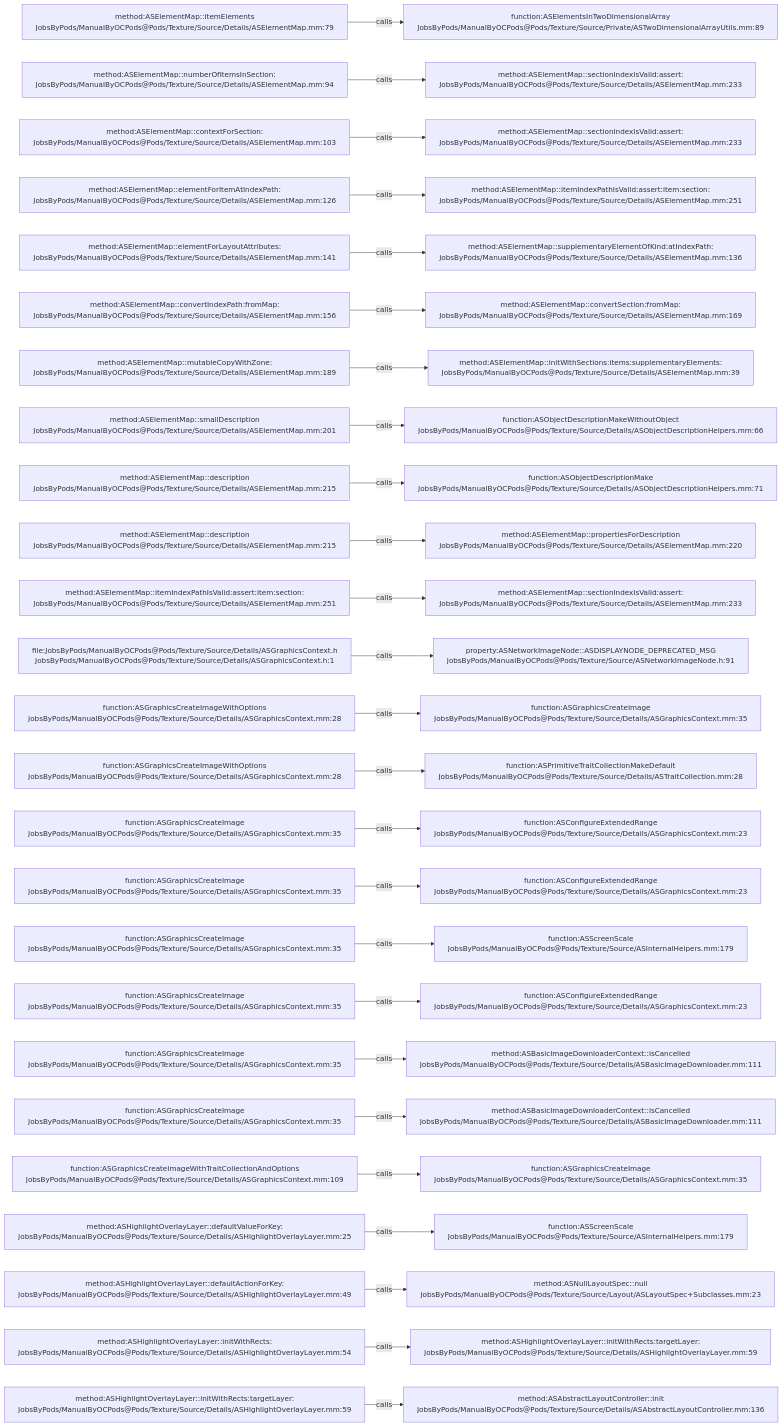
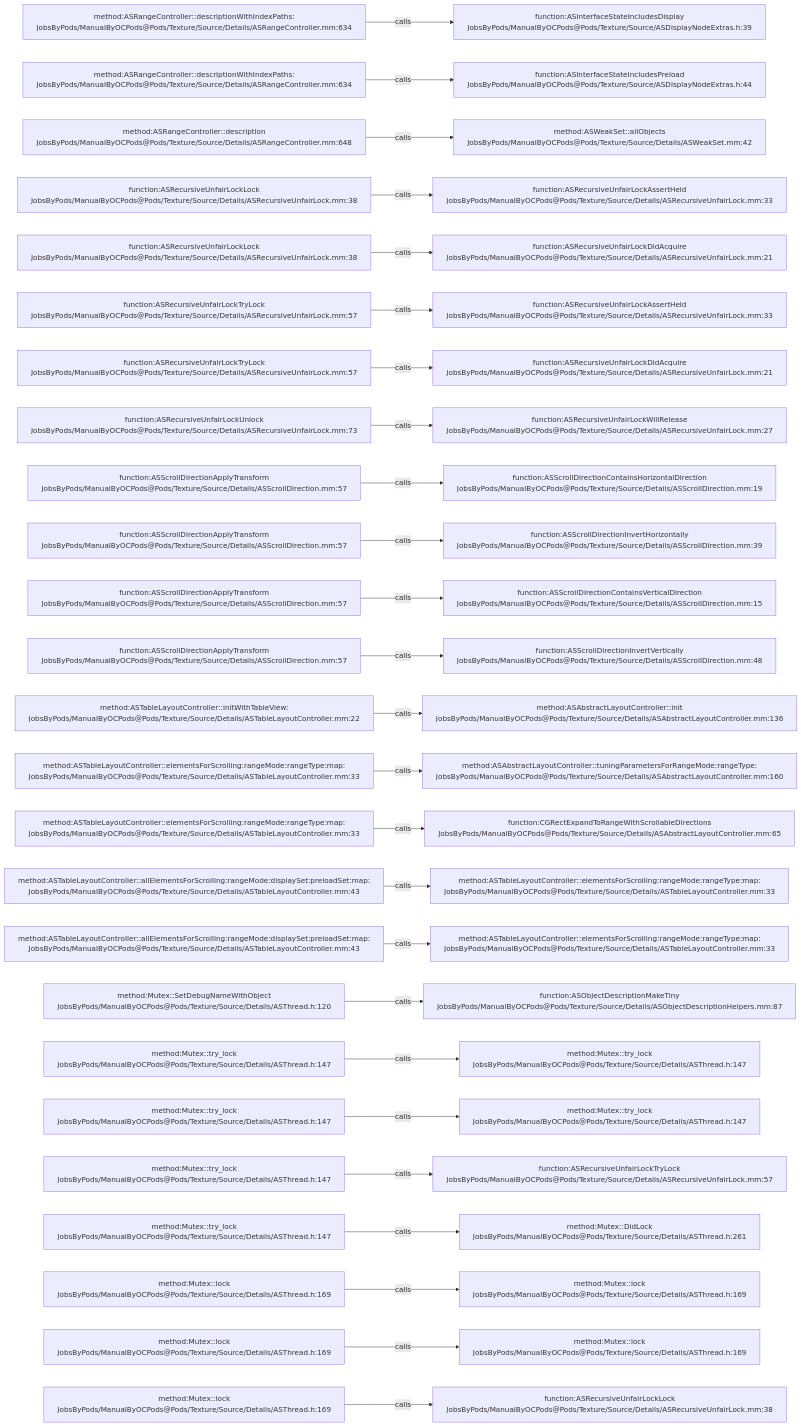
One commit to JobsKits/JobsOCBaseConfigDemo changed the diagram in .codegraph/codegraph.md/graphs/calls-149.md. Above: the diagram before and after it, drawn with Mermaid. The commit also changed 2723 other files, not shown here.

````diff
--- a/.codegraph/codegraph.md/graphs/calls-149.md
+++ b/.codegraph/codegraph.md/graphs/calls-149.md
@@ -13,78 +13,78 @@
 ```mermaid
 flowchart LR
-  S1["method:ASElementMap::itemElements<br/>JobsByPods/ManualByOCPods@Pods/Texture/Source/Details/ASElementMap.mm:79"]
-  T1["function:ASElementsInTwoDimensionalArray<br/>JobsByPods/ManualByOCPods@Pods/Texture/Source/Private/ASTwoDimensionalArrayUtils.mm:89"]
+  S1["method:ASRangeController::descriptionWithIndexPaths:<br/>JobsByPods/ManualByOCPods@Pods/Texture/Source/Details/ASRangeController.mm:634"]
+  T1["function:ASInterfaceStateIncludesDisplay<br/>JobsByPods/ManualByOCPods@Pods/Texture/Source/ASDisplayNodeExtras.h:39"]
   S1 -->|calls| T1
-  S2["method:ASElementMap::numberOfItemsInSection:<br/>JobsByPods/ManualByOCPods@Pods/Texture/Source/Details/ASElementMap.mm:94"]
-  T2["method:ASElementMap::sectionIndexIsValid:assert:<br/>JobsByPods/ManualByOCPods@Pods/Texture/Source/Details/ASElementMap.mm:233"]
+  S2["method:ASRangeController::descriptionWithIndexPaths:<br/>JobsByPods/ManualByOCPods@Pods/Texture/Source/Details/ASRangeController.mm:634"]
+  T2["function:ASInterfaceStateIncludesPreload<br/>JobsByPods/ManualByOCPods@Pods/Texture/Source/ASDisplayNodeExtras.h:44"]
   S2 -->|calls| T2
-  S3["method:ASElementMap::contextForSection:<br/>JobsByPods/ManualByOCPods@Pods/Texture/Source/Details/ASElementMap.mm:103"]
-  T3["method:ASElementMap::sectionIndexIsValid:assert:<br/>JobsByPods/ManualByOCPods@Pods/Texture/Source/Details/ASElementMap.mm:233"]
+  S3["method:ASRangeController::description<br/>JobsByPods/ManualByOCPods@Pods/Texture/Source/Details/ASRangeController.mm:648"]
+  T3["method:ASWeakSet::allObjects<br/>JobsByPods/ManualByOCPods@Pods/Texture/Source/Details/ASWeakSet.mm:42"]
   S3 -->|calls| T3
-  S4["method:ASElementMap::elementForItemAtIndexPath:<br/>JobsByPods/ManualByOCPods@Pods/Texture/Source/Details/ASElementMap.mm:126"]
-  T4["method:ASElementMap::itemIndexPathIsValid:assert:item:section:<br/>JobsByPods/ManualByOCPods@Pods/Texture/Source/Details/ASElementMap.mm:251"]
+  S4["function:ASRecursiveUnfairLockLock<br/>JobsByPods/ManualByOCPods@Pods/Texture/Source/Details/ASRecursiveUnfairLock.mm:38"]
+  T4["function:ASRecursiveUnfairLockAssertHeld<br/>JobsByPods/ManualByOCPods@Pods/Texture/Source/Details/ASRecursiveUnfairLock.mm:33"]
   S4 -->|calls| T4
-  S5["method:ASElementMap::elementForLayoutAttributes:<br/>JobsByPods/ManualByOCPods@Pods/Texture/Source/Details/ASElementMap.mm:141"]
-  T5["method:ASElementMap::supplementaryElementOfKind:atIndexPath:<br/>JobsByPods/ManualByOCPods@Pods/Texture/Source/Details/ASElementMap.mm:136"]
+  S5["function:ASRecursiveUnfairLockLock<br/>JobsByPods/ManualByOCPods@Pods/Texture/Source/Details/ASRecursiveUnfairLock.mm:38"]
+  T5["function:ASRecursiveUnfairLockDidAcquire<br/>JobsByPods/ManualByOCPods@Pods/Texture/Source/Details/ASRecursiveUnfairLock.mm:21"]
   S5 -->|calls| T5
-  S6["method:ASElementMap::convertIndexPath:fromMap:<br/>JobsByPods/ManualByOCPods@Pods/Texture/Source/Details/ASElementMap.mm:156"]
-  T6["method:ASElementMap::convertSection:fromMap:<br/>JobsByPods/ManualByOCPods@Pods/Texture/Source/Details/ASElementMap.mm:169"]
+  S6["function:ASRecursiveUnfairLockTryLock<br/>JobsByPods/ManualByOCPods@Pods/Texture/Source/Details/ASRecursiveUnfairLock.mm:57"]
+  T6["function:ASRecursiveUnfairLockAssertHeld<br/>JobsByPods/ManualByOCPods@Pods/Texture/Source/Details/ASRecursiveUnfairLock.mm:33"]
   S6 -->|calls| T6
-  S7["method:ASElementMap::mutableCopyWithZone:<br/>JobsByPods/ManualByOCPods@Pods/Texture/Source/Details/ASElementMap.mm:189"]
-  T7["method:ASElementMap::initWithSections:items:supplementaryElements:<br/>JobsByPods/ManualByOCPods@Pods/Texture/Source/Details/ASElementMap.mm:39"]
+  S7["function:ASRecursiveUnfairLockTryLock<br/>JobsByPods/ManualByOCPods@Pods/Texture/Source/Details/ASRecursiveUnfairLock.mm:57"]
+  T7["function:ASRecursiveUnfairLockDidAcquire<br/>JobsByPods/ManualByOCPods@Pods/Texture/Source/Details/ASRecursiveUnfairLock.mm:21"]
   S7 -->|calls| T7
-  S8["method:ASElementMap::smallDescription<br/>JobsByPods/ManualByOCPods@Pods/Texture/Source/Details/ASElementMap.mm:201"]
-  T8["function:ASObjectDescriptionMakeWithoutObject<br/>JobsByPods/ManualByOCPods@Pods/Texture/Source/Details/ASObjectDescriptionHelpers.mm:66"]
+  S8["function:ASRecursiveUnfairLockUnlock<br/>JobsByPods/ManualByOCPods@Pods/Texture/Source/Details/ASRecursiveUnfairLock.mm:73"]
+  T8["function:ASRecursiveUnfairLockWillRelease<br/>JobsByPods/ManualByOCPods@Pods/Texture/Source/Details/ASRecursiveUnfairLock.mm:27"]
   S8 -->|calls| T8
-  S9["method:ASElementMap::description<br/>JobsByPods/ManualByOCPods@Pods/Texture/Source/Details/ASElementMap.mm:215"]
-  T9["function:ASObjectDescriptionMake<br/>JobsByPods/ManualByOCPods@Pods/Texture/Source/Details/ASObjectDescriptionHelpers.mm:71"]
+  S9["function:ASScrollDirectionApplyTransform<br/>JobsByPods/ManualByOCPods@Pods/Texture/Source/Details/ASScrollDirection.mm:57"]
+  T9["function:ASScrollDirectionContainsHorizontalDirection<br/>JobsByPods/ManualByOCPods@Pods/Texture/Source/Details/ASScrollDirection.mm:19"]
   S9 -->|calls| T9
-  S10["method:ASElementMap::description<br/>JobsByPods/ManualByOCPods@Pods/Texture/Source/Details/ASElementMap.mm:215"]
-  T10["method:ASElementMap::propertiesForDescription<br/>JobsByPods/ManualByOCPods@Pods/Texture/Source/Details/ASElementMap.mm:220"]
+  S10["function:ASScrollDirectionApplyTransform<br/>JobsByPods/ManualByOCPods@Pods/Texture/Source/Details/ASScrollDirection.mm:57"]
+  T10["function:ASScrollDirectionInvertHorizontally<br/>JobsByPods/ManualByOCPods@Pods/Texture/Source/Details/ASScrollDirection.mm:39"]
   S10 -->|calls| T10
-  S11["method:ASElementMap::itemIndexPathIsValid:assert:item:section:<br/>JobsByPods/ManualByOCPods@Pods/Texture/Source/Details/ASElementMap.mm:251"]
-  T11["method:ASElementMap::sectionIndexIsValid:assert:<br/>JobsByPods/ManualByOCPods@Pods/Texture/Source/Details/ASElementMap.mm:233"]
+  S11["function:ASScrollDirectionApplyTransform<br/>JobsByPods/ManualByOCPods@Pods/Texture/Source/Details/ASScrollDirection.mm:57"]
+  T11["function:ASScrollDirectionContainsVerticalDirection<br/>JobsByPods/ManualByOCPods@Pods/Texture/Source/Details/ASScrollDirection.mm:15"]
   S11 -->|calls| T11
-  S12["file:JobsByPods/ManualByOCPods@Pods/Texture/Source/Details/ASGraphicsContext.h<br/>JobsByPods/ManualByOCPods@Pods/Texture/Source/Details/ASGraphicsContext.h:1"]
-  T12["property:ASNetworkImageNode::ASDISPLAYNODE_DEPRECATED_MSG<br/>JobsByPods/ManualByOCPods@Pods/Texture/Source/ASNetworkImageNode.h:91"]
+  S12["function:ASScrollDirectionApplyTransform<br/>JobsByPods/ManualByOCPods@Pods/Texture/Source/Details/ASScrollDirection.mm:57"]
+  T12["function:ASScrollDirectionInvertVertically<br/>JobsByPods/ManualByOCPods@Pods/Texture/Source/Details/ASScrollDirection.mm:48"]
   S12 -->|calls| T12
-  S13["function:ASGraphicsCreateImageWithOptions<br/>JobsByPods/ManualByOCPods@Pods/Texture/Source/Details/ASGraphicsContext.mm:28"]
-  T13["function:ASGraphicsCreateImage<br/>JobsByPods/ManualByOCPods@Pods/Texture/Source/Details/ASGraphicsContext.mm:35"]
+  S13["method:ASTableLayoutController::initWithTableView:<br/>JobsByPods/ManualByOCPods@Pods/Texture/Source/Details/ASTableLayoutController.mm:22"]
+  T13["method:ASAbstractLayoutController::init<br/>JobsByPods/ManualByOCPods@Pods/Texture/Source/Details/ASAbstractLayoutController.mm:136"]
   S13 -->|calls| T13
-  S14["function:ASGraphicsCreateImageWithOptions<br/>JobsByPods/ManualByOCPods@Pods/Texture/Source/Details/ASGraphicsContext.mm:28"]
-  T14["function:ASPrimitiveTraitCollectionMakeDefault<br/>JobsByPods/ManualByOCPods@Pods/Texture/Source/Details/ASTraitCollection.mm:28"]
+  S14["method:ASTableLayoutController::elementsForScrolling:rangeMode:rangeType:map:<br/>JobsByPods/ManualByOCPods@Pods/Texture/Source/Details/ASTableLayoutController.mm:33"]
+  T14["method:ASAbstractLayoutController::tuningParametersForRangeMode:rangeType:<br/>JobsByPods/ManualByOCPods@Pods/Texture/Source/Details/ASAbstractLayoutController.mm:160"]
   S14 -->|calls| T14
-  S15["function:ASGraphicsCreateImage<br/>JobsByPods/ManualByOCPods@Pods/Texture/Source/Details/ASGraphicsContext.mm:35"]
-  T15["function:ASConfigureExtendedRange<br/>JobsByPods/ManualByOCPods@Pods/Texture/Source/Details/ASGraphicsContext.mm:23"]
+  S15["method:ASTableLayoutController::elementsForScrolling:rangeMode:rangeType:map:<br/>JobsByPods/ManualByOCPods@Pods/Texture/Source/Details/ASTableLayoutController.mm:33"]
+  T15["function:CGRectExpandToRangeWithScrollableDirections<br/>JobsByPods/ManualByOCPods@Pods/Texture/Source/Details/ASAbstractLayoutController.mm:65"]
   S15 -->|calls| T15
-  S16["function:ASGraphicsCreateImage<br/>JobsByPods/ManualByOCPods@Pods/Texture/Source/Details/ASGraphicsContext.mm:35"]
-  T16["function:ASConfigureExtendedRange<br/>JobsByPods/ManualByOCPods@Pods/Texture/Source/Details/ASGraphicsContext.mm:23"]
+  S16["method:ASTableLayoutController::allElementsForScrolling:rangeMode:displaySet:preloadSet:map:<br/>JobsByPods/ManualByOCPods@Pods/Texture/Source/Details/ASTableLayoutController.mm:43"]
+  T16["method:ASTableLayoutController::elementsForScrolling:rangeMode:rangeType:map:<br/>JobsByPods/ManualByOCPods@Pods/Texture/Source/Details/ASTableLayoutController.mm:33"]
   S16 -->|calls| T16
-  S17["function:ASGraphicsCreateImage<br/>JobsByPods/ManualByOCPods@Pods/Texture/Source/Details/ASGraphicsContext.mm:35"]
-  T17["function:ASScreenScale<br/>JobsByPods/ManualByOCPods@Pods/Texture/Source/ASInternalHelpers.mm:179"]
+  S17["method:ASTableLayoutController::allElementsForScrolling:rangeMode:displaySet:preloadSet:map:<br/>JobsByPods/ManualByOCPods@Pods/Texture/Source/Details/ASTableLayoutController.mm:43"]
+  T17["method:ASTableLayoutController::elementsForScrolling:rangeMode:rangeType:map:<br/>JobsByPods/ManualByOCPods@Pods/Texture/Source/Details/ASTableLayoutController.mm:33"]
   S17 -->|calls| T17
-  S18["function:ASGraphicsCreateImage<br/>JobsByPods/ManualByOCPods@Pods/Texture/Source/Details/ASGraphicsContext.mm:35"]
-  T18["function:ASConfigureExtendedRange<br/>JobsByPods/ManualByOCPods@Pods/Texture/Source/Details/ASGraphicsContext.mm:23"]
+  S18["method:Mutex::SetDebugNameWithObject<br/>JobsByPods/ManualByOCPods@Pods/Texture/Source/Details/ASThread.h:120"]
+  T18["function:ASObjectDescriptionMakeTiny<br/>JobsByPods/ManualByOCPods@Pods/Texture/Source/Details/ASObjectDescriptionHelpers.mm:87"]
   S18 -->|calls| T18
-  S19["function:ASGraphicsCreateImage<br/>JobsByPods/ManualByOCPods@Pods/Texture/Source/Details/ASGraphicsContext.mm:35"]
-  T19["method:ASBasicImageDownloaderContext::isCancelled<br/>JobsByPods/ManualByOCPods@Pods/Texture/Source/Details/ASBasicImageDownloader.mm:111"]
+  S19["method:Mutex::try_lock<br/>JobsByPods/ManualByOCPods@Pods/Texture/Source/Details/ASThread.h:147"]
+  T19["method:Mutex::try_lock<br/>JobsByPods/ManualByOCPods@Pods/Texture/Source/Details/ASThread.h:147"]
   S19 -->|calls| T19
-  S20["function:ASGraphicsCreateImage<br/>JobsByPods/ManualByOCPods@Pods/Texture/Source/Details/ASGraphicsContext.mm:35"]
-  T20["method:ASBasicImageDownloaderContext::isCancelled<br/>JobsByPods/ManualByOCPods@Pods/Texture/Source/Details/ASBasicImageDownloader.mm:111"]
+  S20["method:Mutex::try_lock<br/>JobsByPods/ManualByOCPods@Pods/Texture/Source/Details/ASThread.h:147"]
+  T20["method:Mutex::try_lock<br/>JobsByPods/ManualByOCPods@Pods/Texture/Source/Details/ASThread.h:147"]
   S20 -->|calls| T20
-  S21["function:ASGraphicsCreateImageWithTraitCollectionAndOptions<br/>JobsByPods/ManualByOCPods@Pods/Texture/Source/Details/ASGraphicsContext.mm:109"]
-  T21["function:ASGraphicsCreateImage<br/>JobsByPods/ManualByOCPods@Pods/Texture/Source/Details/ASGraphicsContext.mm:35"]
+  S21["method:Mutex::try_lock<br/>JobsByPods/ManualByOCPods@Pods/Texture/Source/Details/ASThread.h:147"]
+  T21["function:ASRecursiveUnfairLockTryLock<br/>JobsByPods/ManualByOCPods@Pods/Texture/Source/Details/ASRecursiveUnfairLock.mm:57"]
   S21 -->|calls| T21
-  S22["method:ASHighlightOverlayLayer::defaultValueForKey:<br/>JobsByPods/ManualByOCPods@Pods/Texture/Source/Details/ASHighlightOverlayLayer.mm:25"]
-  T22["function:ASScreenScale<br/>JobsByPods/ManualByOCPods@Pods/Texture/Source/ASInternalHelpers.mm:179"]
+  S22["method:Mutex::try_lock<br/>JobsByPods/ManualByOCPods@Pods/Texture/Source/Details/ASThread.h:147"]
+  T22["method:Mutex::DidLock<br/>JobsByPods/ManualByOCPods@Pods/Texture/Source/Details/ASThread.h:261"]
   S22 -->|calls| T22
-  S23["method:ASHighlightOverlayLayer::defaultActionForKey:<br/>JobsByPods/ManualByOCPods@Pods/Texture/Source/Details/ASHighlightOverlayLayer.mm:49"]
-  T23["method:ASNullLayoutSpec::null<br/>JobsByPods/ManualByOCPods@Pods/Texture/Source/Layout/ASLayoutSpec+Subclasses.mm:23"]
+  S23["method:Mutex::lock<br/>JobsByPods/ManualByOCPods@Pods/Texture/Source/Details/ASThread.h:169"]
+  T23["method:Mutex::lock<br/>JobsByPods/ManualByOCPods@Pods/Texture/Source/Details/ASThread.h:169"]
   S23 -->|calls| T23
-  S24["method:ASHighlightOverlayLayer::initWithRects:<br/>JobsByPods/ManualByOCPods@Pods/Texture/Source/Details/ASHighlightOverlayLayer.mm:54"]
-  T24["method:ASHighlightOverlayLayer::initWithRects:targetLayer:<br/>JobsByPods/ManualByOCPods@Pods/Texture/Source/Details/ASHighlightOverlayLayer.mm:59"]
+  S24["method:Mutex::lock<br/>JobsByPods/ManualByOCPods@Pods/Texture/Source/Details/ASThread.h:169"]
+  T24["method:Mutex::lock<br/>JobsByPods/ManualByOCPods@Pods/Texture/Source/Details/ASThread.h:169"]
   S24 -->|calls| T24
-  S25["method:ASHighlightOverlayLayer::initWithRects:targetLayer:<br/>JobsByPods/ManualByOCPods@Pods/Texture/Source/Details/ASHighlightOverlayLayer.mm:59"]
-  T25["method:ASAbstractLayoutController::init<br/>JobsByPods/ManualByOCPods@Pods/Texture/Source/Details/ASAbstractLayoutController.mm:136"]
+  S25["method:Mutex::lock<br/>JobsByPods/ManualByOCPods@Pods/Texture/Source/Details/ASThread.h:169"]
+  T25["function:ASRecursiveUnfairLockLock<br/>JobsByPods/ManualByOCPods@Pods/Texture/Source/Details/ASRecursiveUnfairLock.mm:38"]
   S25 -->|calls| T25
 ```
````
